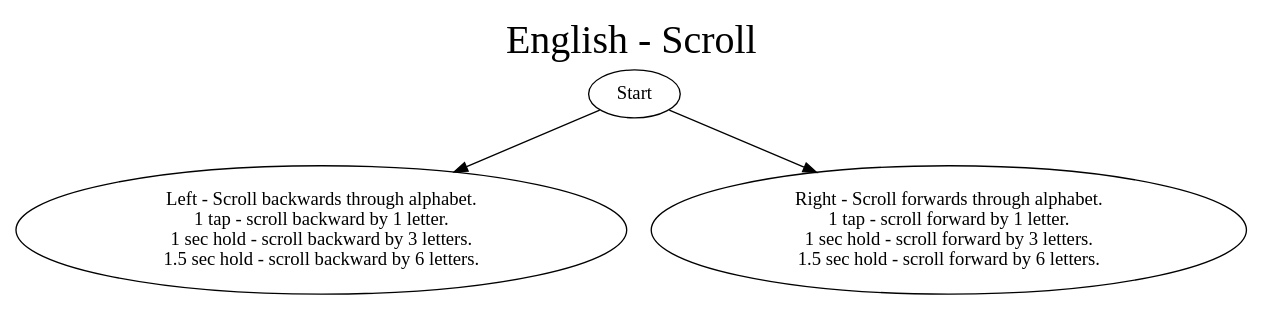
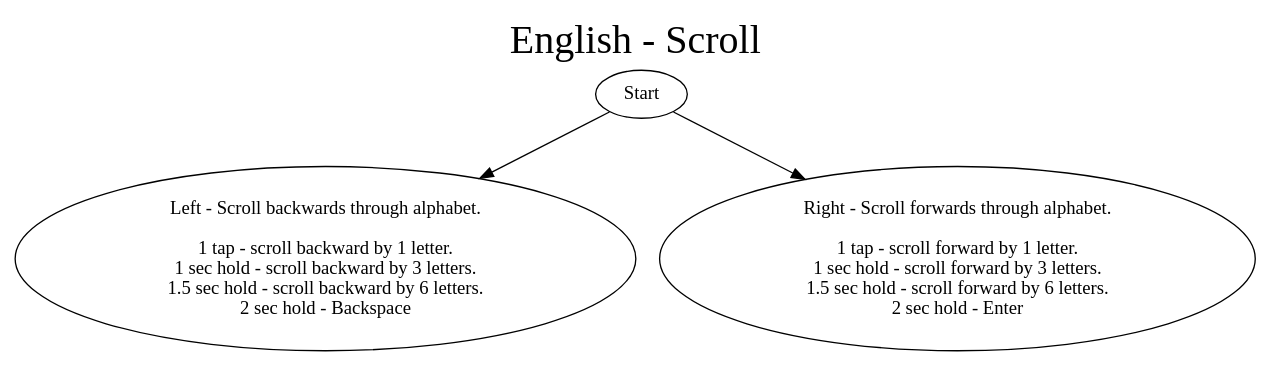
Before and after one commit to toekeyboard/toekeyboard.github.io: the diagram in images/lang/graphviz_dot/balanced/01-en_scroll/binarytree.gv, drawn with Graphviz. The commit also changed 2 other files, not shown here.

```diff
--- a/images/lang/graphviz_dot/balanced/01-en_scroll/binarytree.gv
+++ b/images/lang/graphviz_dot/balanced/01-en_scroll/binarytree.gv
@@ -1,29 +1,29 @@
 digraph G {
 #    nodesep=0.3
 #    ranksep=0.2
 #    margin=0.1
 #    node [shape=circle]
     #node [shape=circle, color=blue];
 #    edge [arrowsize=0.8]
 
     #label="English"
     #labelloc=top
     #labeljust=left
 
     #graph [label="English", labelloc=top, labeljust=right, fontsize=30];
     graph [label="English - Scroll", labelloc=top, fontsize=30];
 
-    Start -> "Left - Scroll backwards through alphabet. \n 1 tap - scroll backward by 1 letter. \n 1 sec hold - scroll backward by 3 letters. \n 1.5 sec hold - scroll backward by 6 letters."
+    Start -> "Left - Scroll backwards through alphabet. \n \n 1 tap - scroll backward by 1 letter. \n 1 sec hold - scroll backward by 3 letters. \n 1.5 sec hold - scroll backward by 6 letters. \n 2 sec hold - Backspace"
 
 #    empty1 [label="",width=.1,style=invis]
 #    G -> empty1 [style=invis]
 #    empty2 [label="",width=.1,style=invis]
 #    G -> empty2 [style=invis]
 
-    Start -> "Right - Scroll forwards through alphabet. \n 1 tap - scroll forward by 1 letter. \n 1 sec hold - scroll forward by 3 letters. \n 1.5 sec hold - scroll forward by 6 letters."
+    Start -> "Right - Scroll forwards through alphabet. \n \n 1 tap - scroll forward by 1 letter. \n 1 sec hold - scroll forward by 3 letters. \n 1.5 sec hold - scroll forward by 6 letters. \n 2 sec hold - Enter"
 
 #    empty3 [label="",width=.1,style=invis]
 #    T -> empty3 [style=invis]
 #    empty4 [label="",width=.1,style=invis]
 #    T -> empty4 [style=invis]
 }
```
